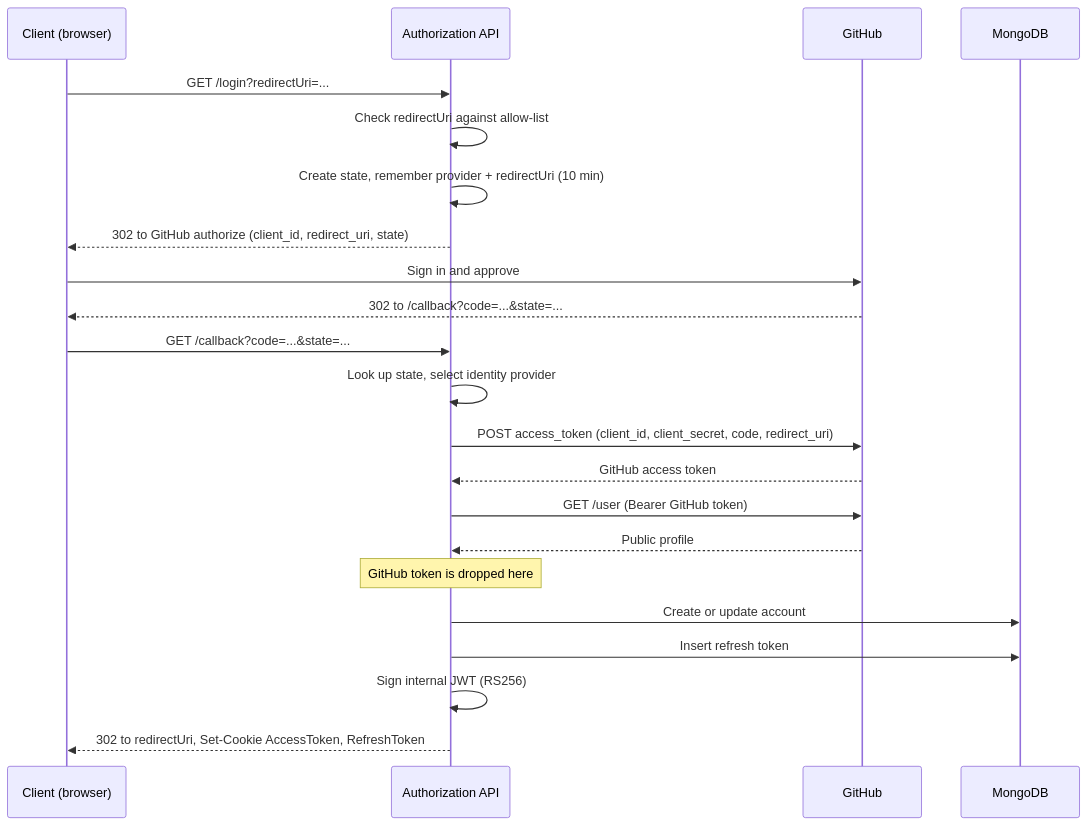
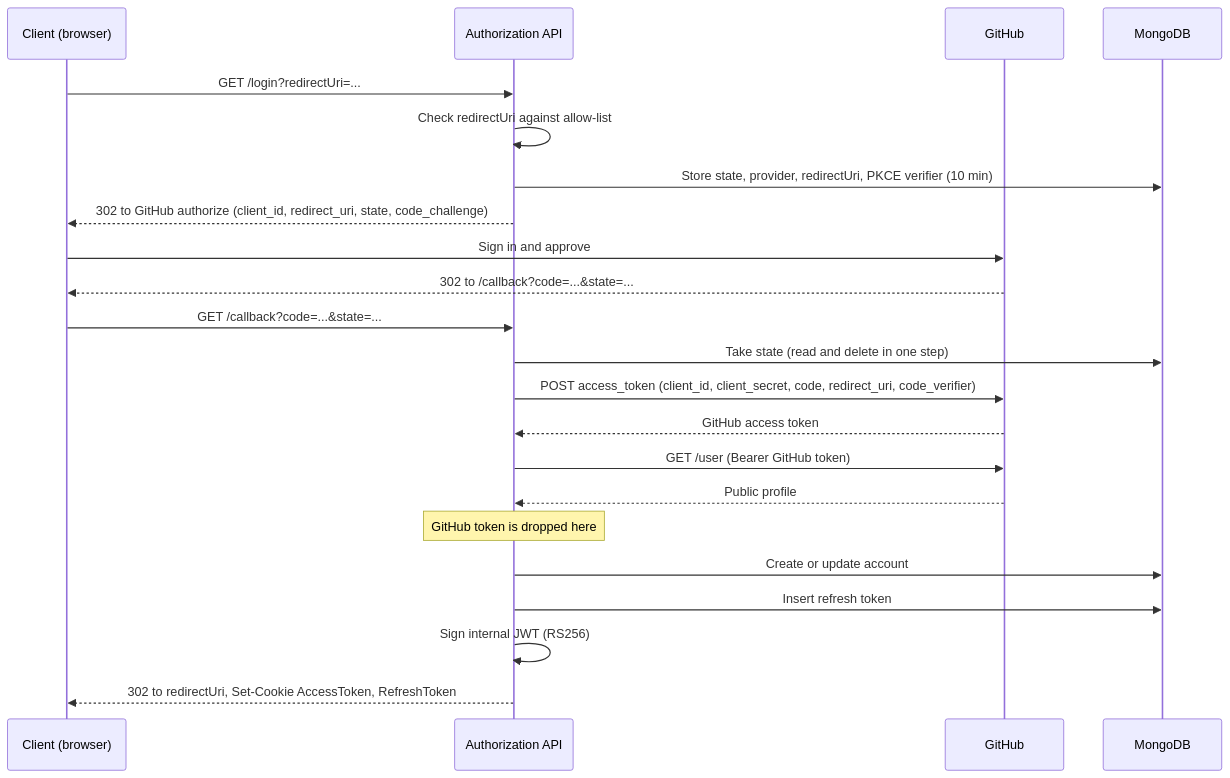
The diagram in docs/authentication/authentication_flow_design.md (wouterfennis/TimeForCode), drawn with Mermaid before and after one commit. The commit also changed other lines of this file and 160 other files, not shown here.

````diff
--- a/docs/authentication/authentication_flow_design.md
+++ b/docs/authentication/authentication_flow_design.md
@@ -47,25 +47,25 @@
 ```mermaid
 sequenceDiagram
     participant Client as Client (browser)
     participant Auth as Authorization API
     participant GitHub
     participant Mongo as MongoDB
 
     Client->>Auth: GET /login?redirectUri=...
     Auth->>Auth: Check redirectUri against allow-list
-    Auth->>Auth: Create state, remember provider + redirectUri (10 min)
-    Auth-->>Client: 302 to GitHub authorize (client_id, redirect_uri, state)
+    Auth->>Mongo: Store state, provider, redirectUri, PKCE verifier (10 min)
+    Auth-->>Client: 302 to GitHub authorize (client_id, redirect_uri, state, code_challenge)
     Client->>GitHub: Sign in and approve
     GitHub-->>Client: 302 to /callback?code=...&state=...
     Client->>Auth: GET /callback?code=...&state=...
-    Auth->>Auth: Look up state, select identity provider
-    Auth->>GitHub: POST access_token (client_id, client_secret, code, redirect_uri)
+    Auth->>Mongo: Take state (read and delete in one step)
+    Auth->>GitHub: POST access_token (client_id, client_secret, code, redirect_uri, code_verifier)
     GitHub-->>Auth: GitHub access token
     Auth->>GitHub: GET /user (Bearer GitHub token)
     GitHub-->>Auth: Public profile
     Note over Auth: GitHub token is dropped here
     Auth->>Mongo: Create or update account
     Auth->>Mongo: Insert refresh token
     Auth->>Auth: Sign internal JWT (RS256)
     Auth-->>Client: 302 to redirectUri, Set-Cookie AccessToken, RefreshToken
 ```
````
